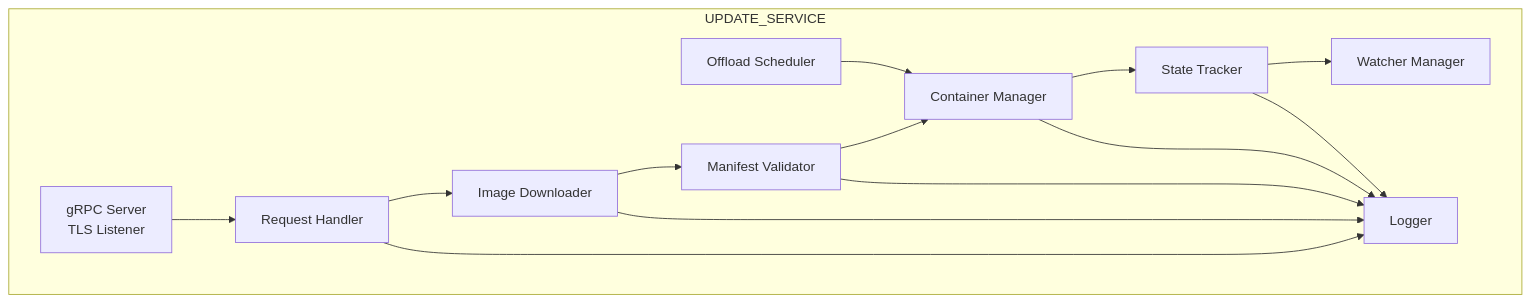
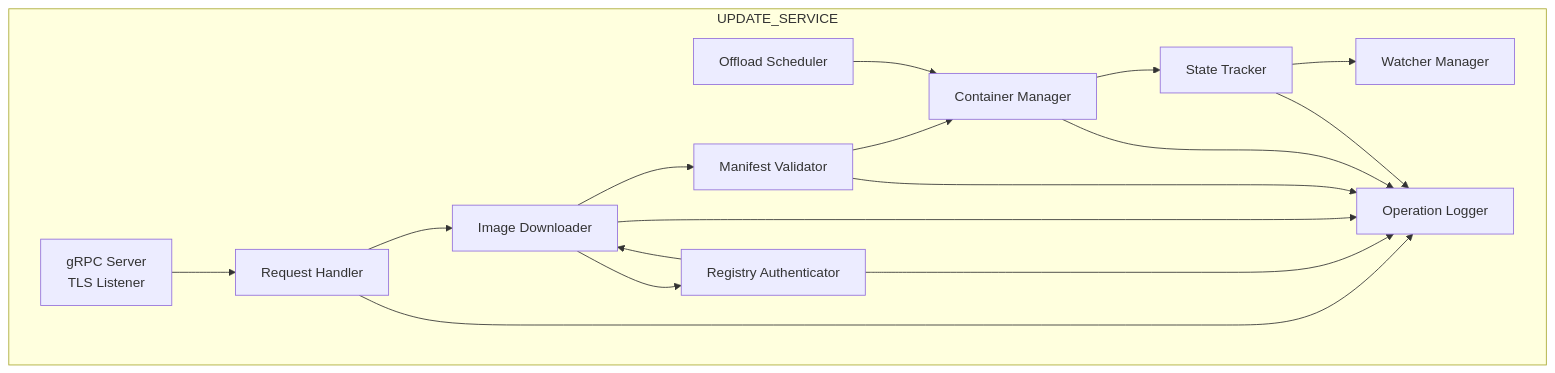
The second of 3 diagrams in .kiro/specs/update-service/design.md (rhadp/parking-fee-service), drawn with Mermaid before and after one commit. The commit also changed other lines of this file and 1 other file, not shown here.

````diff
--- a/.kiro/specs/update-service/design.md
+++ b/.kiro/specs/update-service/design.md
@@ -40,27 +40,31 @@
 ```mermaid
 flowchart TB
     subgraph UpdateService["UPDATE_SERVICE"]
         GRPC[gRPC Server<br/>TLS Listener]
         CMD[Request Handler]
+        AUTH[Registry Authenticator]
         DL[Image Downloader]
         VAL[Manifest Validator]
         CM[Container Manager]
         ST[State Tracker]
         WATCH[Watcher Manager]
         OFF[Offload Scheduler]
-        LOG[Logger]
+        LOG[Operation Logger]
     end
     
     GRPC --> CMD
     CMD --> DL
+    DL --> AUTH
+    AUTH --> DL
     DL --> VAL
     VAL --> CM
     CM --> ST
     ST --> WATCH
     OFF --> CM
     CMD --> LOG
+    AUTH --> LOG
     DL --> LOG
     VAL --> LOG
     CM --> LOG
     ST --> LOG
 ```
````
